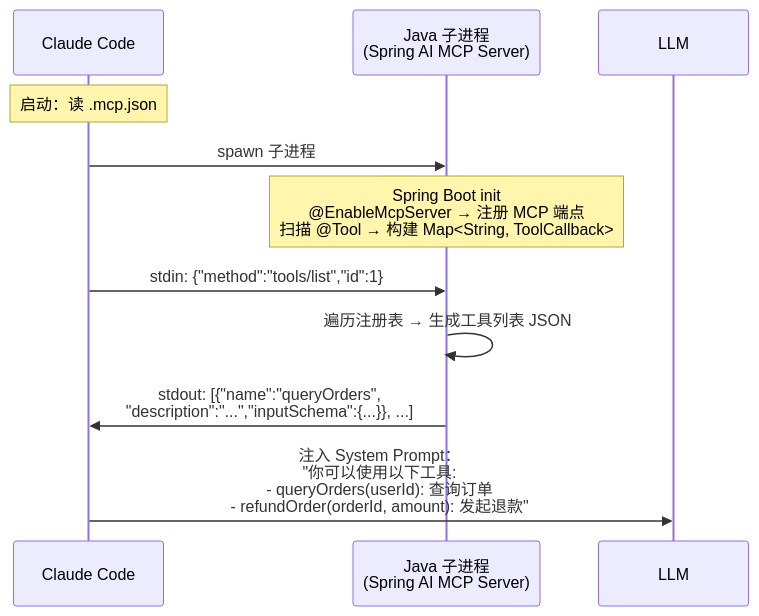
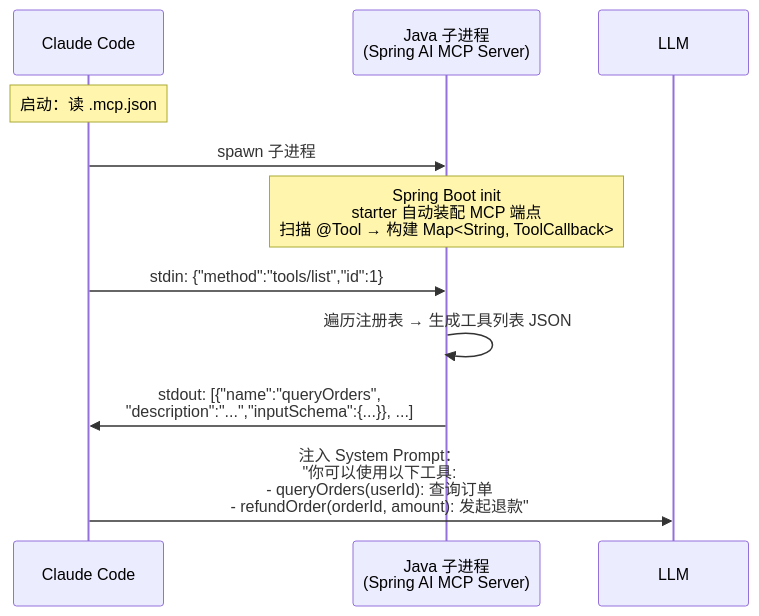
Before and after one commit to reallyhwc/ans-ai-auto-notes: the ninth of 13 diagrams in kb/技术/AI/大模型/Agent 与 MCP.md, drawn with Mermaid. The commit also changed other lines of this file and 32 other files, not shown here.

````diff
--- a/kb/技术/AI/大模型/Agent 与 MCP.md
+++ b/kb/技术/AI/大模型/Agent 与 MCP.md
@@ -542,16 +551,16 @@
 ```mermaid
 sequenceDiagram
     participant CC as Claude Code
     participant Java as Java 子进程<br/>(Spring AI MCP Server)
     participant LLM
 
     Note over CC: 启动：读 .mcp.json
     CC->>Java: spawn 子进程
-    Note over Java: Spring Boot init<br/>@EnableMcpServer → 注册 MCP 端点<br/>扫描 @Tool → 构建 Map<String, ToolCallback>
+    Note over Java: Spring Boot init<br/>starter 自动装配 MCP 端点<br/>扫描 @Tool → 构建 Map<String, ToolCallback>
 
     CC->>Java: stdin: {"method":"tools/list","id":1}
     Java->>Java: 遍历注册表 → 生成工具列表 JSON
     Java->>CC: stdout: [{"name":"queryOrders",<br/>"description":"...","inputSchema":{...}}, ...]
 
     CC->>LLM: 注入 System Prompt：<br/>"你可以使用以下工具:<br/>- queryOrders(userId): 查询订单<br/>- refundOrder(orderId, amount): 发起退款"
 ```
````
